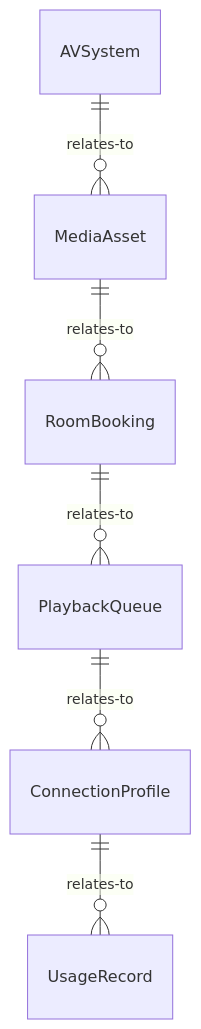
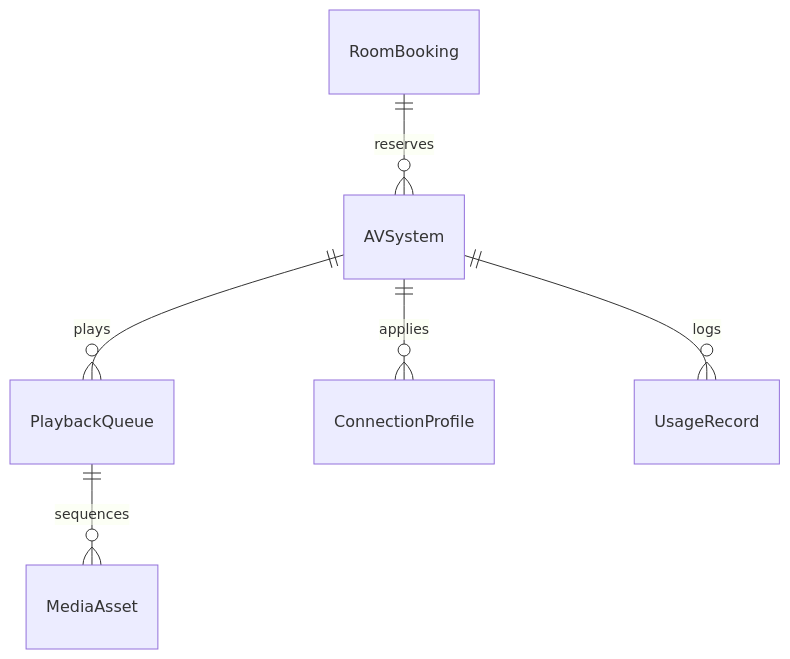
The first of 4 diagrams in ControllingMachinesAndProcesses/OperateAudiovisualOrRelatedEquipment/OperateAudio-visualEquipment.mdx (dot-org-ai/tasks.org.ai), drawn with Mermaid before and after one commit. The commit also changed other lines of this file and 515 other files, not shown here.

````diff
--- a/ControllingMachinesAndProcesses/OperateAudiovisualOrRelatedEquipment/OperateAudio-visualEquipment.mdx
+++ b/ControllingMachinesAndProcesses/OperateAudiovisualOrRelatedEquipment/OperateAudio-visualEquipment.mdx
@@ -87,8 +87,8 @@
 ```mermaid
 erDiagram
-    AVSystem ||--o{ MediaAsset : relates-to
-    MediaAsset ||--o{ RoomBooking : relates-to
-    RoomBooking ||--o{ PlaybackQueue : relates-to
-    PlaybackQueue ||--o{ ConnectionProfile : relates-to
-    ConnectionProfile ||--o{ UsageRecord : relates-to
+    AVSystem ||--o{ PlaybackQueue : plays
+    PlaybackQueue ||--o{ MediaAsset : sequences
+    AVSystem ||--o{ ConnectionProfile : applies
+    RoomBooking ||--o{ AVSystem : reserves
+    AVSystem ||--o{ UsageRecord : logs
 ```
````
